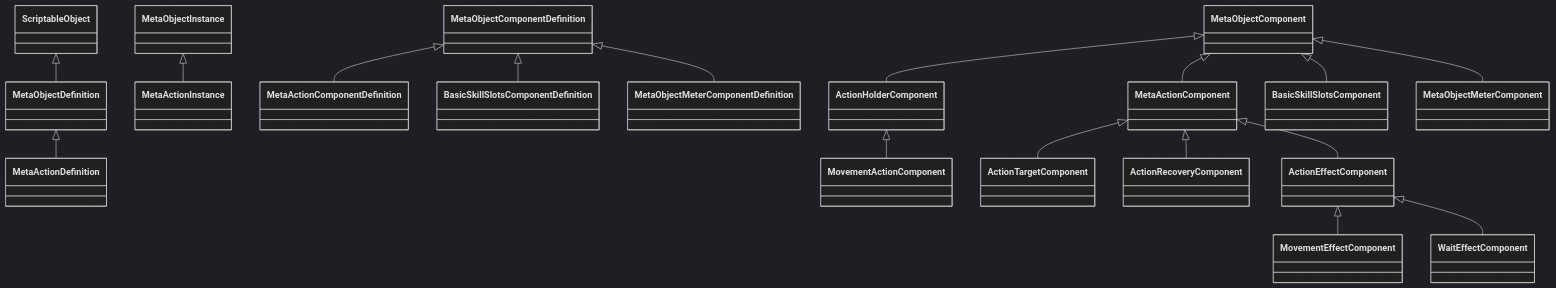
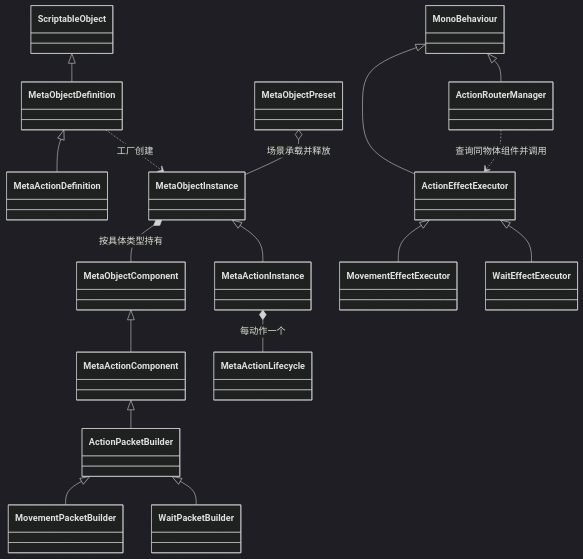
The diagram in 代码说明文档/00_程序集与类型关系总览代码设计案.md (ObALive/this), drawn with Mermaid (dark theme) before and after one commit. The commit also changed other lines of this file and 21 other files, not shown here.

````diff
--- a/代码说明文档/00_程序集与类型关系总览代码设计案.md
+++ b/代码说明文档/00_程序集与类型关系总览代码设计案.md
@@ -26,19 +29,19 @@
 ```mermaid
 classDiagram
   ScriptableObject <|-- MetaObjectDefinition
   MetaObjectDefinition <|-- MetaActionDefinition
   MetaObjectInstance <|-- MetaActionInstance
-  MetaObjectComponentDefinition <|-- MetaActionComponentDefinition
-  MetaObjectComponentDefinition <|-- BasicSkillSlotsComponentDefinition
-  MetaObjectComponentDefinition <|-- MetaObjectMeterComponentDefinition
   MetaObjectComponent <|-- MetaActionComponent
-  MetaObjectComponent <|-- ActionHolderComponent
-  MetaObjectComponent <|-- BasicSkillSlotsComponent
-  MetaObjectComponent <|-- MetaObjectMeterComponent
-  ActionHolderComponent <|-- MovementActionComponent
-  MetaActionComponent <|-- ActionTargetComponent
-  MetaActionComponent <|-- ActionRecoveryComponent
-  MetaActionComponent <|-- ActionEffectComponent
-  ActionEffectComponent <|-- MovementEffectComponent
-  ActionEffectComponent <|-- WaitEffectComponent
+  MetaActionComponent <|-- ActionPacketBuilder
+  ActionPacketBuilder <|-- MovementPacketBuilder
+  ActionPacketBuilder <|-- WaitPacketBuilder
+  MonoBehaviour <|-- ActionRouterManager
+  MonoBehaviour <|-- ActionEffectExecutor
+  ActionEffectExecutor <|-- MovementEffectExecutor
+  ActionEffectExecutor <|-- WaitEffectExecutor
+  MetaObjectDefinition ..> MetaObjectInstance : 工厂创建
+  MetaObjectInstance *-- MetaObjectComponent : 按具体类型持有
+  MetaActionInstance *-- MetaActionLifecycle : 每动作一个
+  MetaObjectPreset o-- MetaObjectInstance : 场景承载并释放
+  ActionRouterManager ..> ActionEffectExecutor : 查询同物体组件并调用
 ```
````
